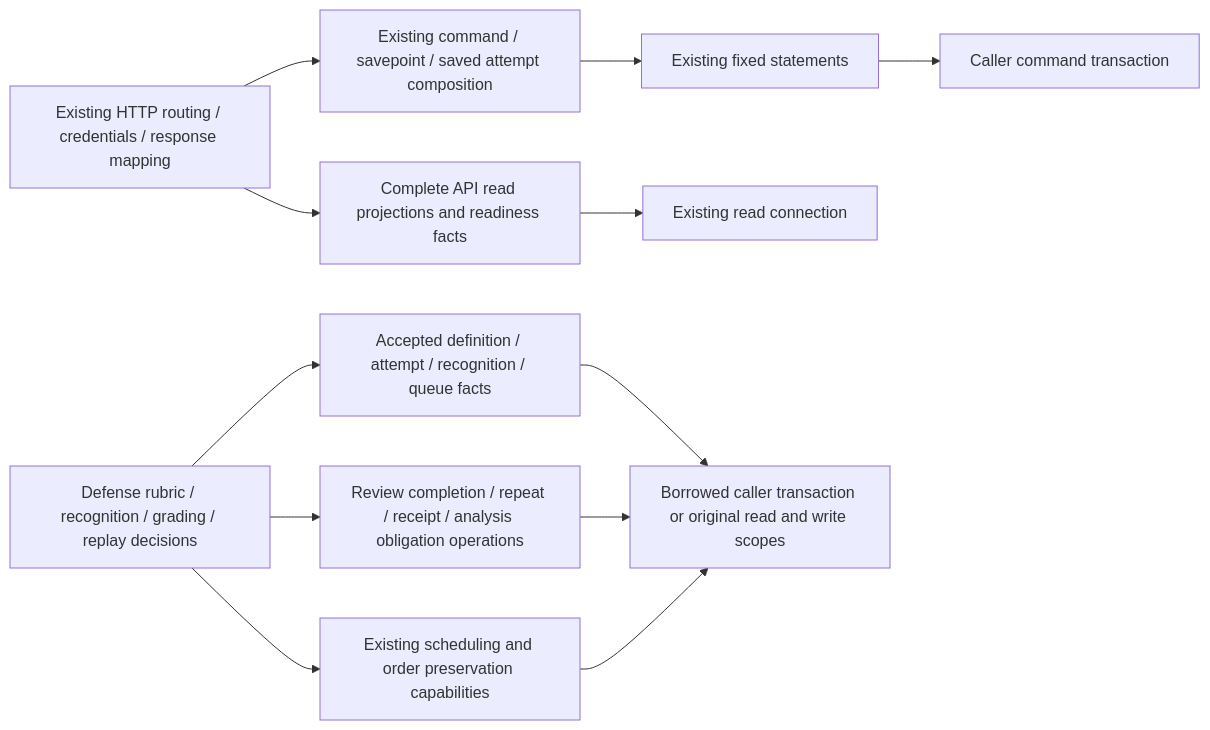
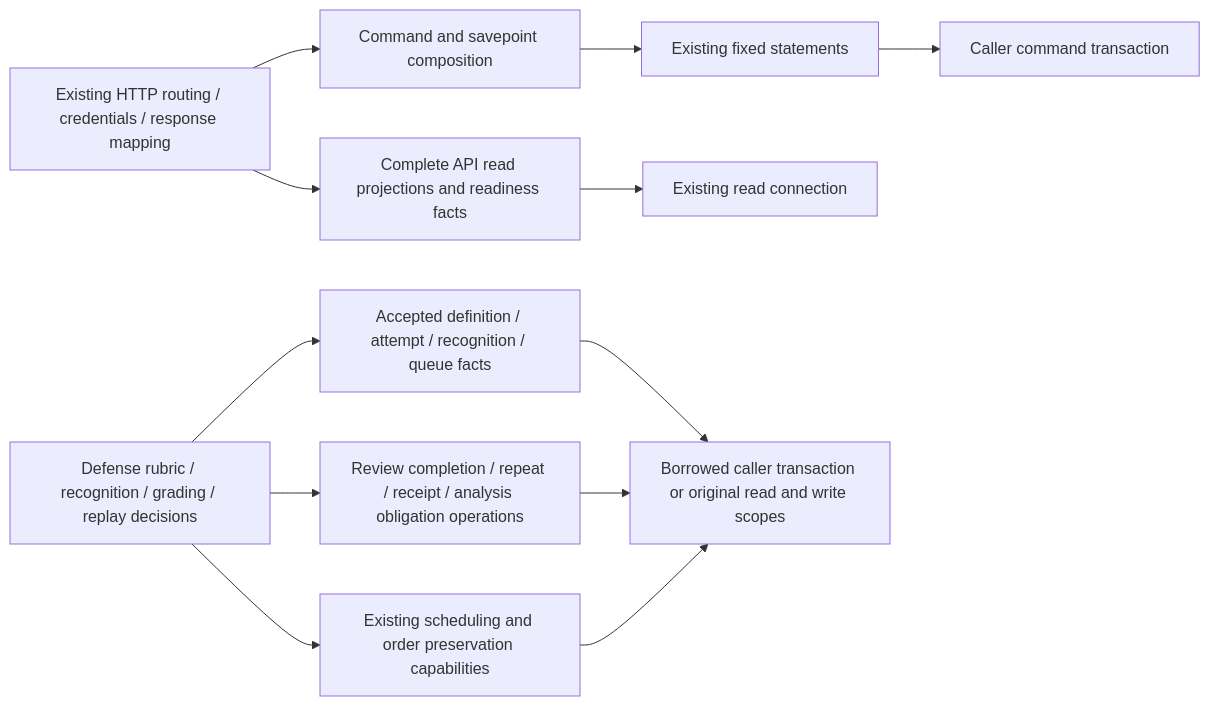
Before and after one commit to aaweaver-actuary/tempo: the diagram in database/tempo_learning_database/adapters/api-defense/README.md, drawn with Mermaid. The commit also changed other lines of this file and 402 other files, not shown here.

````diff
--- a/database/tempo_learning_database/adapters/api-defense/README.md
+++ b/database/tempo_learning_database/adapters/api-defense/README.md
@@ -5,14 +5,14 @@
 ```mermaid
 flowchart LR
   http[Existing HTTP routing / credentials / response mapping] --> reads[Complete API read projections and readiness facts]
-  http --> commands[Existing command / savepoint / saved attempt composition]
+  http --> commands[Command and savepoint composition]
   commands --> writes[Existing fixed statements]
   practice[Defense rubric / recognition / grading / replay decisions] --> facts[Accepted definition / attempt / recognition / queue facts]
   practice --> scheduling[Existing scheduling and order preservation capabilities]
   practice --> persistence[Review completion / repeat / receipt / analysis obligation operations]
   reads --> connection[Existing read connection]
   facts --> scopes[Borrowed caller transaction or original read and write scopes]
   writes --> transaction[Caller command transaction]
   persistence --> scopes
   scheduling --> scopes
 ```
````
